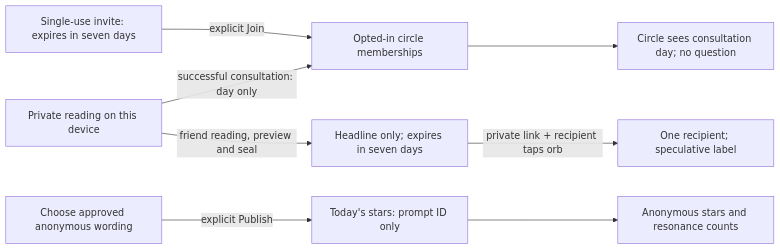
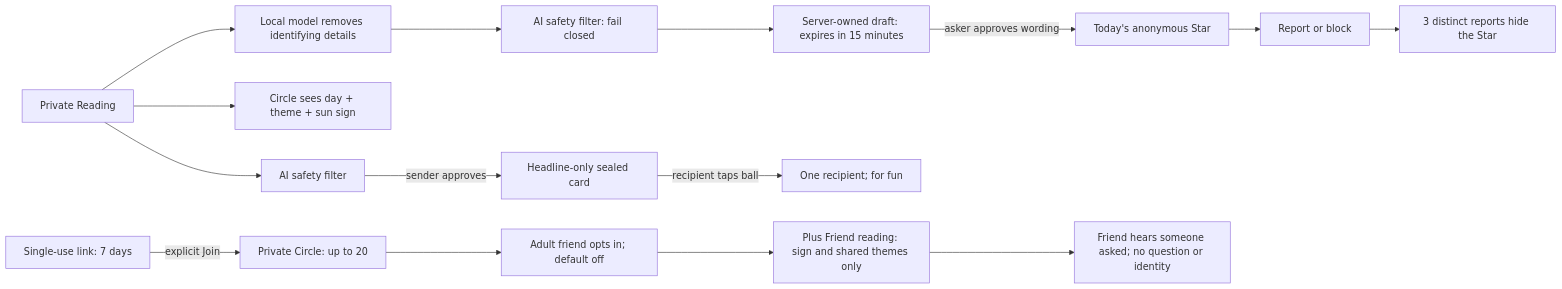
Before and after one commit to janustsen/crystal-ball: the diagram in docs/social/model.md, drawn with Mermaid. The commit also changed other lines of this file and 21 other files, not shown here.

Commit message:
wip: implement moderated sky and private circles pending friend-reading diagnosis

````diff
--- a/docs/social/model.md
+++ b/docs/social/model.md
@@ -6,10 +5,17 @@
 ```mermaid
 flowchart LR
-  Reading[Private reading on this device] -->|successful consultation: day only| Members[Opted-in circle memberships]
-  Preview[Choose approved anonymous wording] -->|explicit Publish| Sky[Today's stars: prompt ID only]
-  Sky --> Public[Anonymous stars and resonance counts]
-  Invite[Single-use invite: expires in seven days] -->|explicit Join| Members
-  Members --> Checkins[Circle sees consultation day; no question]
-  Reading -->|friend reading, preview and seal| Sealed[Headline only; expires in seven days]
-  Sealed -->|private link + recipient taps orb| Recipient[One recipient; speculative label]
+  Reading[Private Reading] --> Rewrite[Local model removes identifying details]
+  Rewrite --> Filter[AI safety filter: fail closed]
+  Filter --> Draft[Server-owned draft: expires in 15 minutes]
+  Draft -->|asker approves wording| Sky[Today's anonymous Star]
+  Sky --> Report[Report or block]
+  Report --> Hide[3 distinct reports hide the Star]
+  Reading --> Activity[Circle sees day + theme + sun sign]
+  Invite[Single-use link: 7 days] -->|explicit Join| Circle[Private Circle: up to 20]
+  Circle --> Consent[Adult friend opts in; default off]
+  Consent --> Friend[Plus Friend reading: sign and shared themes only]
+  Friend --> Notice[Friend hears someone asked; no question or identity]
+  Reading --> SealFilter[AI safety filter]
+  SealFilter -->|sender approves| Seal[Headline-only sealed card]
+  Seal -->|recipient taps ball| Open[One recipient; for fun]
 ```
````
